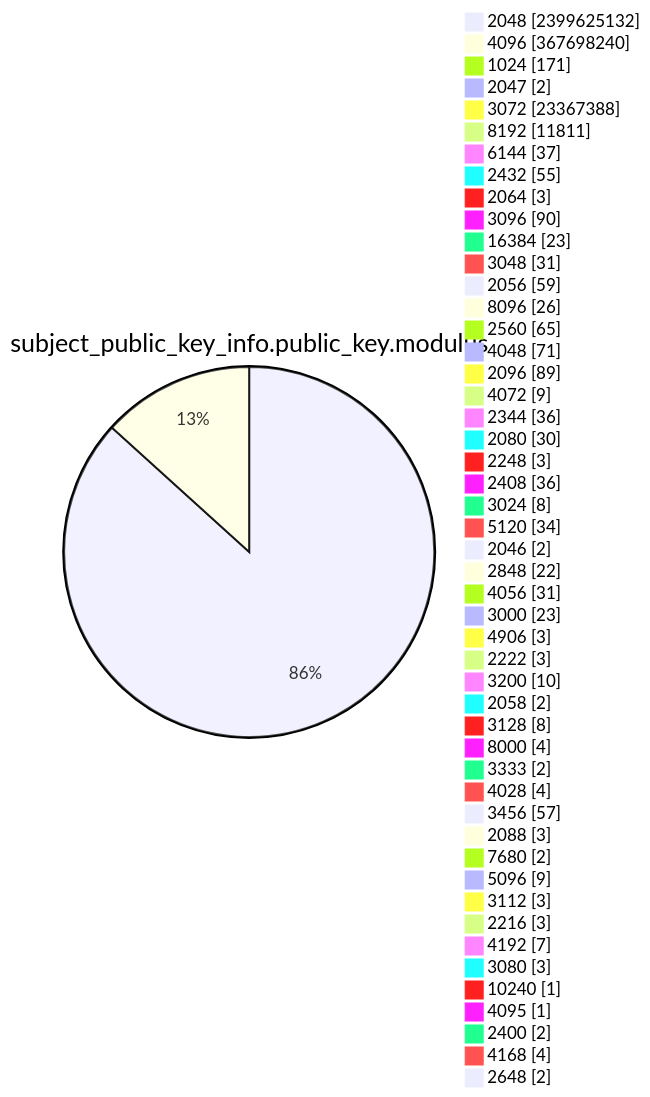
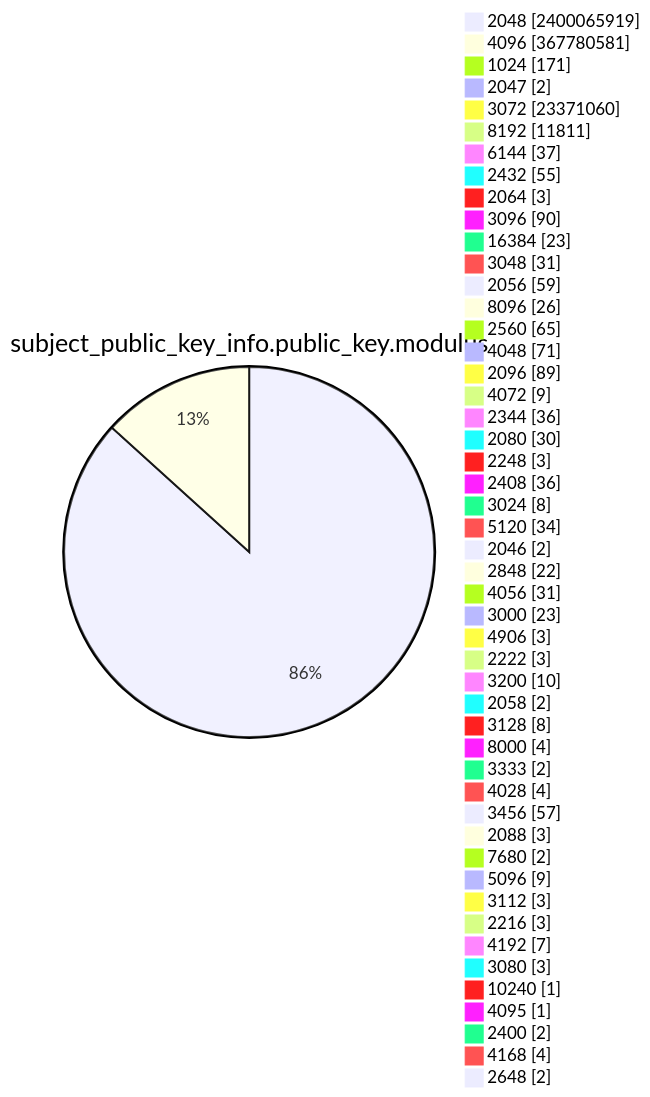
One commit to christiankrug/ctmonitor_visualization changed diagram 13 of 15 in TOTAL/README.md. Above: the diagram before and after it, drawn with Mermaid. The commit also changed other lines of this file, not shown here.

````diff
--- a/TOTAL/README.md
+++ b/TOTAL/README.md
@@ -4167,53 +4167,53 @@
 ```mermaid
 pie showData
 title subject_public_key_info.public_key.modulus
-"2048" :2399625132
-"4096" :367698240
+"2048" :2400065919
+"4096" :367780581
 "1024" :171
 "2047" :2
-"3072" :23367388
+"3072" :23371060
 "8192" :11811
 "6144" :37
 "2432" :55
 "2064" :3
 "3096" :90
 "16384" :23
 "3048" :31
 "2056" :59
 "8096" :26
 "2560" :65
 "4048" :71
 "2096" :89
 "4072" :9
 "2344" :36
 "2080" :30
 "2248" :3
 "2408" :36
 "3024" :8
 "5120" :34
 "2046" :2
 "2848" :22
 "4056" :31
 "3000" :23
 "4906" :3
 "2222" :3
 "3200" :10
 "2058" :2
 "3128" :8
 "8000" :4
 "3333" :2
 "4028" :4
 "3456" :57
 "2088" :3
 "7680" :2
 "5096" :9
 "3112" :3
 "2216" :3
 "4192" :7
 "3080" :3
 "10240" :1
 "4095" :1
 "2400" :2
 "4168" :4
 "2648" :2
 ```
````
